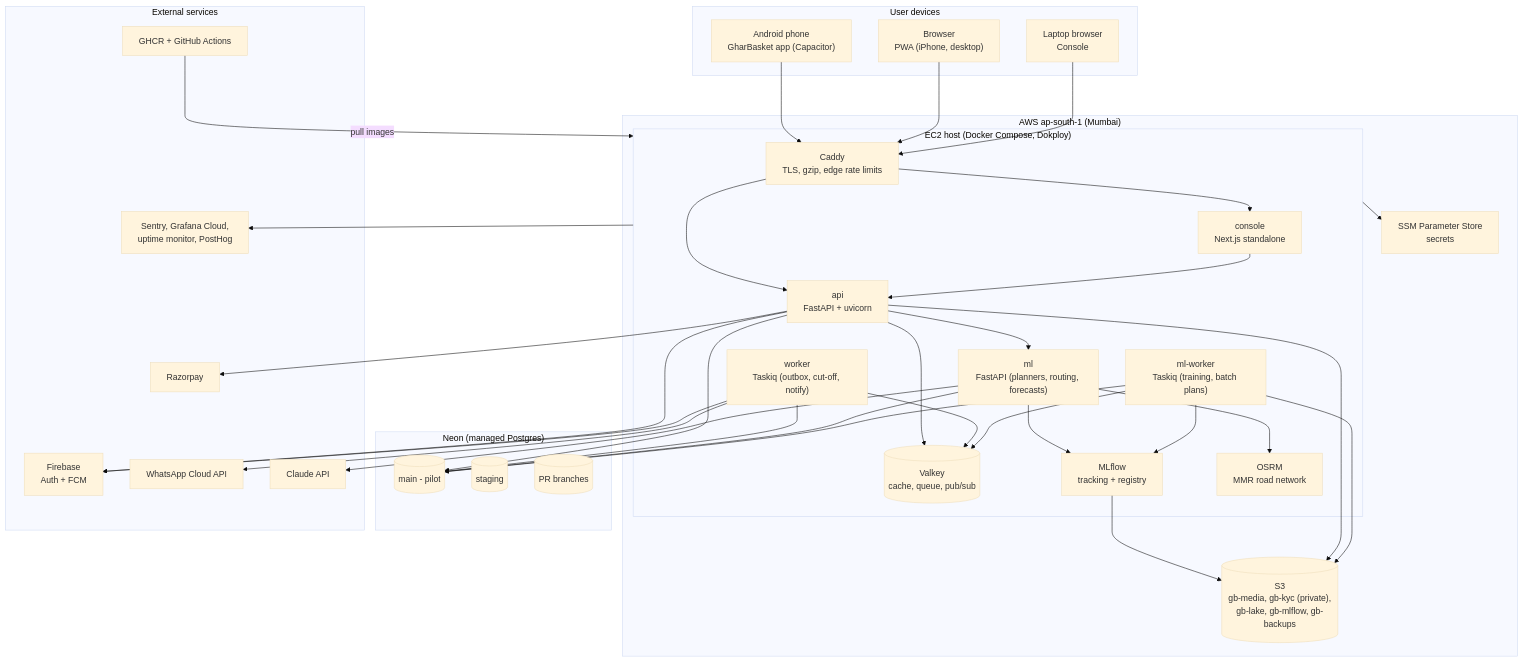
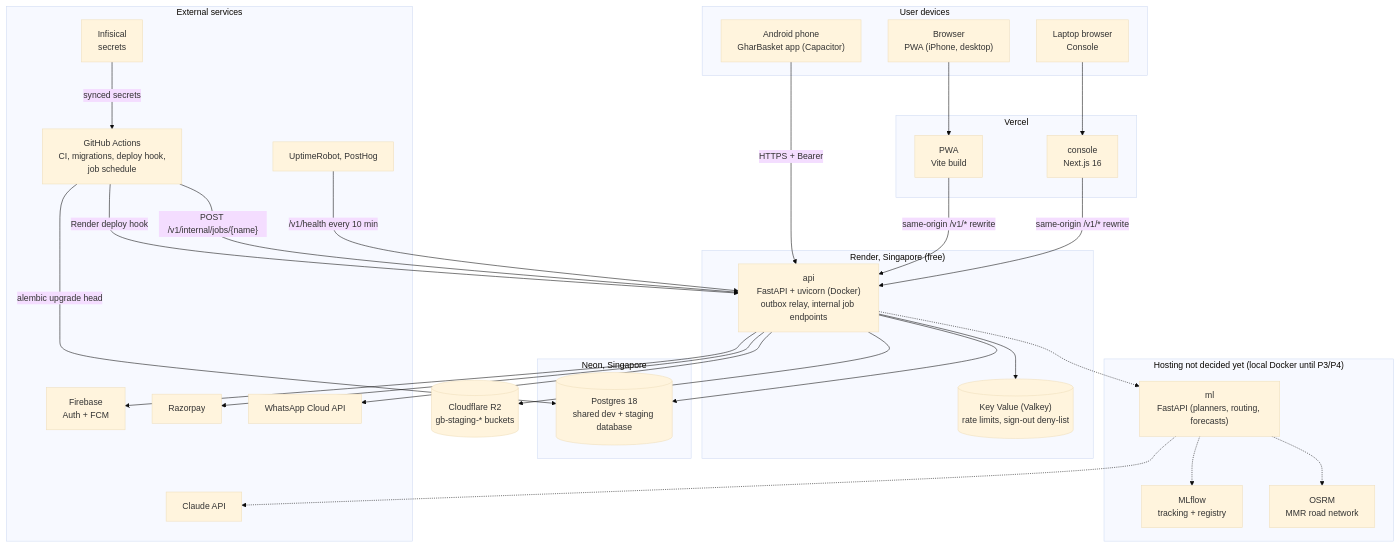
The diagram in docs/handbook/12-deployment-and-operations.md (prelekar7/GharBasket), drawn with Mermaid (base theme) before and after one commit. The commit also changed other lines of this file and 58 other files, not shown here.

````diff
--- a/docs/handbook/12-deployment-and-operations.md
+++ b/docs/handbook/12-deployment-and-operations.md
@@ -14,68 +15,61 @@
 ```mermaid
 flowchart TB
     subgraph DEV["User devices"]
         PH["Android phone<br/>GharBasket app (Capacitor)"]
         PWA["Browser<br/>PWA (iPhone, desktop)"]
         ADM["Laptop browser<br/>Console"]
     end
 
-    subgraph AWS["AWS ap-south-1 (Mumbai)"]
-        subgraph EC2["EC2 host (Docker Compose, Dokploy)"]
-            CAD["Caddy<br/>TLS, gzip, edge rate limits"]
-            CON["console<br/>Next.js standalone"]
-            API["api<br/>FastAPI + uvicorn"]
-            WRK["worker<br/>Taskiq (outbox, cut-off, notify)"]
-            MLS["ml<br/>FastAPI (planners, routing, forecasts)"]
-            MLW["ml-worker<br/>Taskiq (training, batch plans)"]
-            VK[("Valkey<br/>cache, queue, pub/sub")]
-            MLF["MLflow<br/>tracking + registry"]
-            OS["OSRM<br/>MMR road network"]
-        end
-        S3[("S3<br/>gb-media, gb-kyc (private),<br/>gb-lake, gb-mlflow, gb-backups")]
-        SSM["SSM Parameter Store<br/>secrets"]
+    subgraph VERCEL["Vercel"]
+        WPWA["PWA<br/>Vite build"]
+        CON["console<br/>Next.js 16"]
     end
 
-    subgraph NEON["Neon (managed Postgres)"]
-        PGM[("main - pilot")]
-        PGS[("staging")]
-        PGB[("PR branches")]
+    subgraph RENDER["Render, Singapore (free)"]
+        API["api<br/>FastAPI + uvicorn (Docker)<br/>outbox relay, internal job endpoints"]
+        VK[("Key Value (Valkey)<br/>rate limits, sign-out deny-list")]
+    end
+
+    subgraph NEON["Neon, Singapore"]
+        PG[("Postgres 18<br/>shared dev + staging database")]
+    end
+
+    R2[("Cloudflare R2<br/>gb-staging-* buckets")]
+
+    subgraph LATER["Hosting not decided yet (local Docker until P3/P4)"]
+        MLS["ml<br/>FastAPI (planners, routing, forecasts)"]
+        MLF["MLflow<br/>tracking + registry"]
+        OS["OSRM<br/>MMR road network"]
     end
 
     subgraph EXT["External services"]
         FB["Firebase<br/>Auth + FCM"]
         RZ["Razorpay"]
         WA["WhatsApp Cloud API"]
         CL["Claude API"]
-        GH["GHCR + GitHub Actions"]
-        OBS["Sentry, Grafana Cloud,<br/>uptime monitor, PostHog"]
+        GH["GitHub Actions<br/>CI, migrations, deploy hook,<br/>job schedule"]
+        INF["Infisical<br/>secrets"]
+        OBS["UptimeRobot, PostHog"]
     end
 
-    PH --> CAD
-    PWA --> CAD
-    ADM --> CAD
-    CAD --> CON
-    CAD --> API
-    CON --> API
-    API --> PGM
-    WRK --> PGM
-    MLS --> PGM
-    MLW --> PGM
+    PH -->|"HTTPS + Bearer"| API
+    PWA --> WPWA
+    ADM --> CON
+    WPWA -->|"same-origin /v1/* rewrite"| API
+    CON -->|"same-origin /v1/* rewrite"| API
+    API --> PG
     API --> VK
-    WRK --> VK
-    MLW --> VK
-    API --> MLS
-    MLS --> OS
-    MLS --> MLF
-    MLW --> MLF
-    MLF --> S3
-    API --> S3
-    MLW --> S3
+    API --> R2
+    API -.-> MLS
+    MLS -.-> OS
+    MLS -.-> MLF
     API --> FB
-    WRK --> FB
-    WRK --> WA
+    API --> WA
     API --> RZ
-    MLS --> CL
-    GH -->|"pull images"| EC2
-    EC2 --> SSM
-    EC2 --> OBS
+    MLS -.-> CL
+    INF -->|"synced secrets"| GH
+    GH -->|"alembic upgrade head"| PG
+    GH -->|"Render deploy hook"| API
+    GH -->|"POST /v1/internal/jobs/{name}"| API
+    OBS -->|"/v1/health every 10 min"| API
 ```
````
